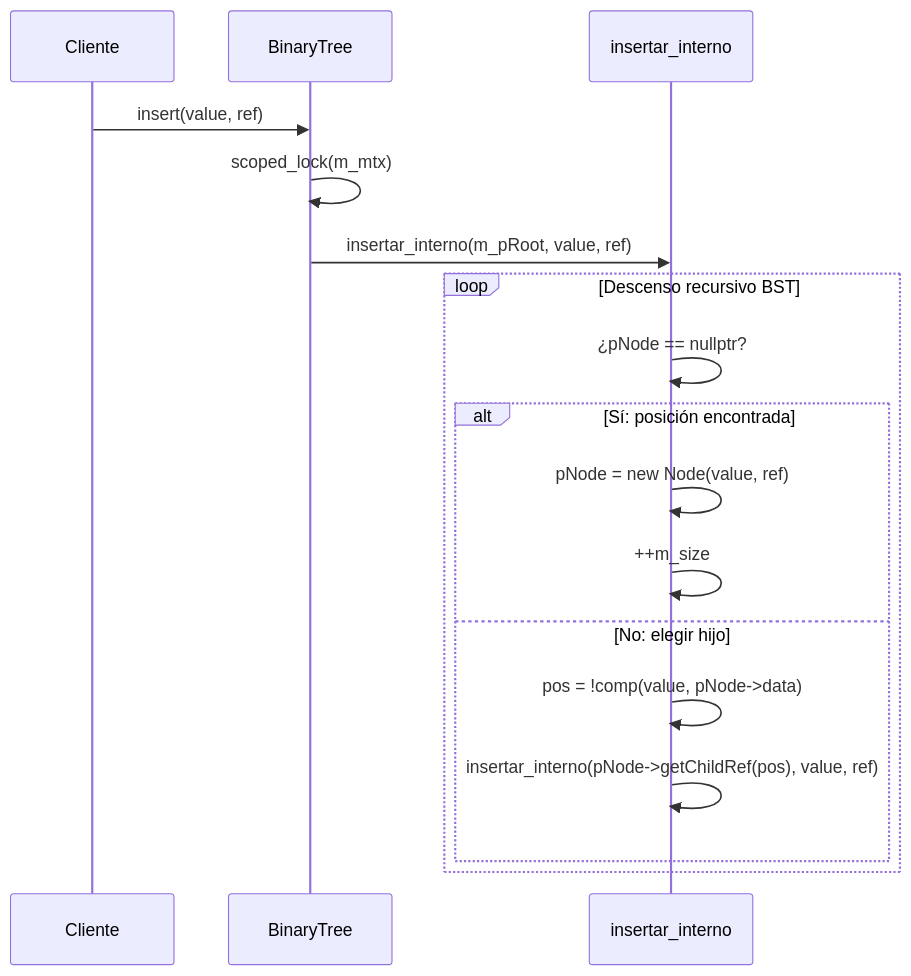
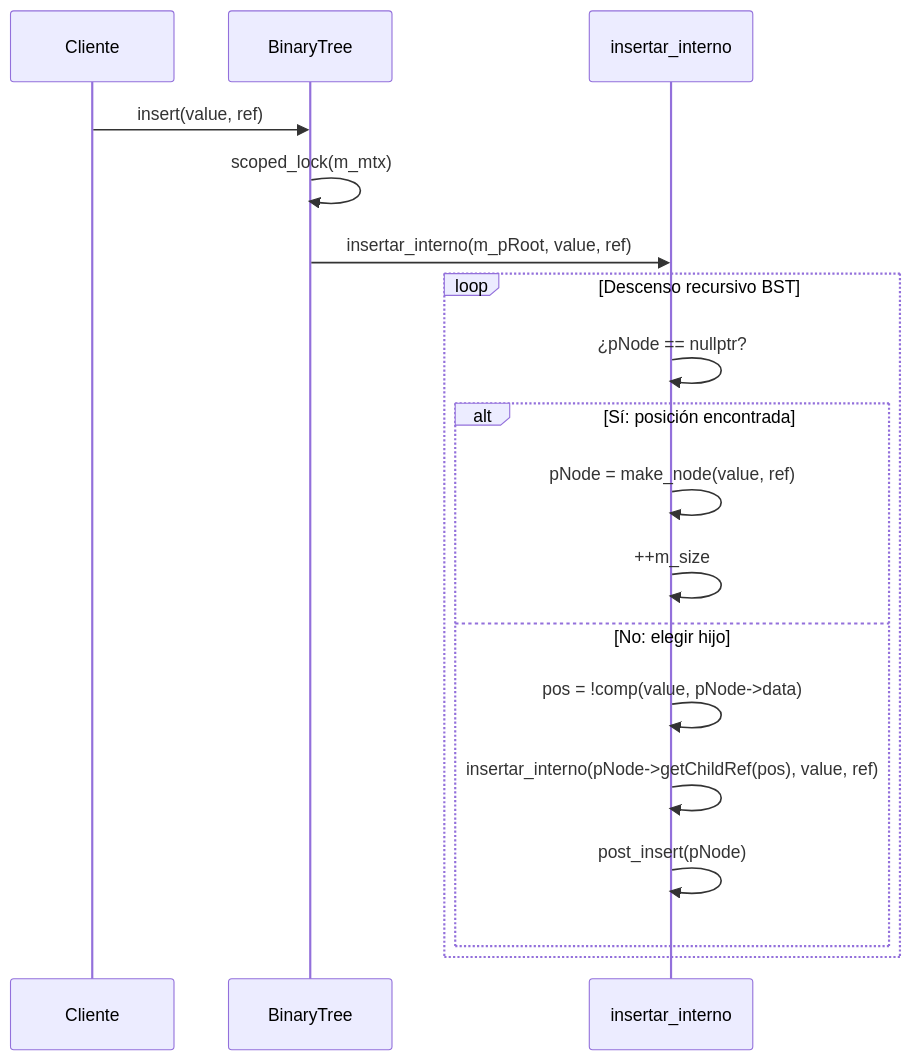
One commit to Camilo-vinatea/2026-I-MCC001-AED changed the ninth of 10 diagrams in README.md. Above: the diagram before and after it, drawn with Mermaid. The commit also changed other lines of this file and 9 other files, not shown here.

````diff
--- a/README.md
+++ b/README.md
@@ -454,21 +508,22 @@
 ```mermaid
 sequenceDiagram
     participant Cliente
     participant BinaryTree
     participant insertar_interno
 
     Cliente->>BinaryTree: insert(value, ref)
     BinaryTree->>BinaryTree: scoped_lock(m_mtx)
     BinaryTree->>insertar_interno: insertar_interno(m_pRoot, value, ref)
 
     loop Descenso recursivo BST
         insertar_interno->>insertar_interno: ¿pNode == nullptr?
         alt Sí: posición encontrada
-            insertar_interno->>insertar_interno: pNode = new Node(value, ref)
+            insertar_interno->>insertar_interno: pNode = make_node(value, ref)
             insertar_interno->>insertar_interno: ++m_size
         else No: elegir hijo
             insertar_interno->>insertar_interno: pos = !comp(value, pNode->data)
             insertar_interno->>insertar_interno: insertar_interno(pNode->getChildRef(pos), value, ref)
+            insertar_interno->>insertar_interno: post_insert(pNode)
         end
     end
 ```
````
